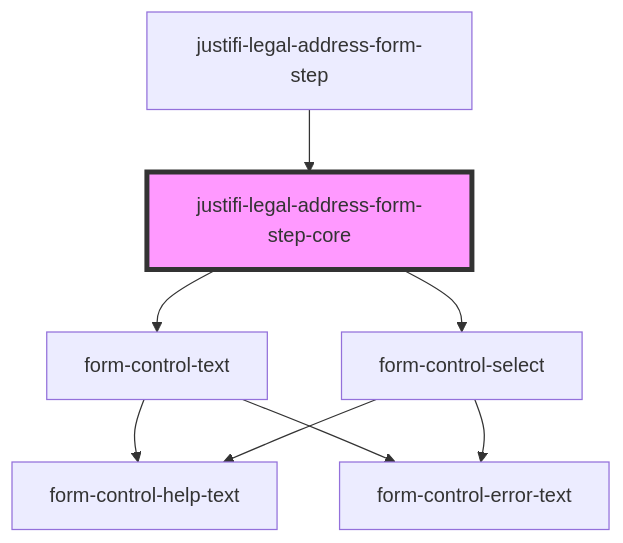
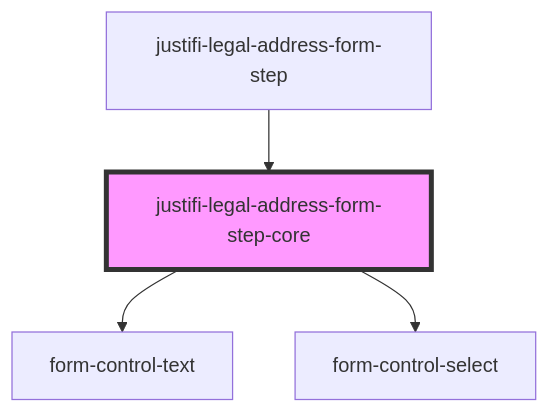
One commit to justifi-tech/web-component-library changed the diagram in packages/webcomponents/src/components/business-forms/payment-provisioning/legal-address-form/readme.md. Above: the diagram before and after it, drawn with Mermaid. The commit also changed 71 other files, not shown here.

````diff
--- a/packages/webcomponents/src/components/business-forms/payment-provisioning/legal-address-form/readme.md
+++ b/packages/webcomponents/src/components/business-forms/payment-provisioning/legal-address-form/readme.md
@@ -57,11 +57,7 @@
 ```mermaid
 graph TD;
   justifi-legal-address-form-step-core --> form-control-text
   justifi-legal-address-form-step-core --> form-control-select
-  form-control-text --> form-control-help-text
-  form-control-text --> form-control-error-text
-  form-control-select --> form-control-help-text
-  form-control-select --> form-control-error-text
   justifi-legal-address-form-step --> justifi-legal-address-form-step-core
   style justifi-legal-address-form-step-core fill:#f9f,stroke:#333,stroke-width:4px
 ```
````
